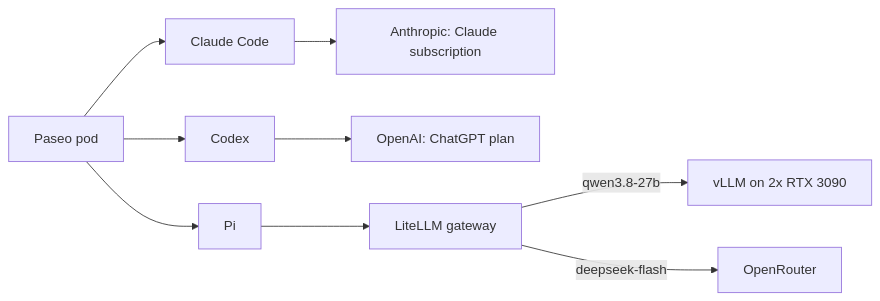
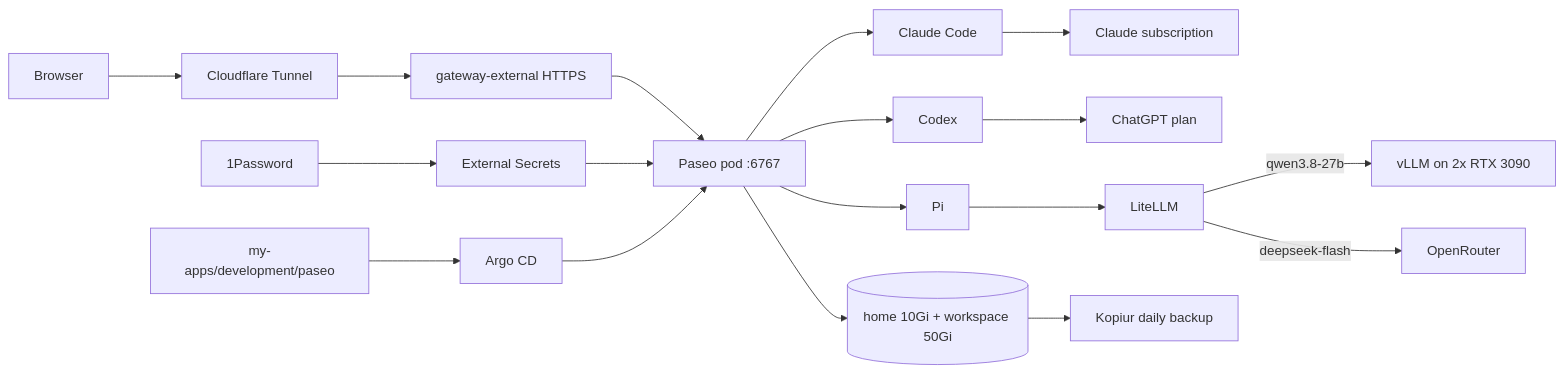
Before and after one commit to mitchross/talos-argocd-proxmox: the diagram in docs/domains/ai-gpu/paseo.md, drawn with Mermaid. The commit also changed other lines of this file and 3 other files, not shown here.

````diff
--- a/docs/domains/ai-gpu/paseo.md
+++ b/docs/domains/ai-gpu/paseo.md
@@ -16,8 +13,12 @@
 ```mermaid
 flowchart LR
-    Paseo[Paseo pod] --> Claude[Claude Code] --> Anthropic[Anthropic: Claude subscription]
-    Paseo --> Codex[Codex] --> OpenAI[OpenAI: ChatGPT plan]
-    Paseo --> Pi[Pi] --> LiteLLM[LiteLLM gateway]
+    Browser --> CF[Cloudflare Tunnel] --> GW[gateway-external HTTPS] --> Paseo[Paseo pod :6767]
+    Vault[1Password] --> ESO[External Secrets] --> Paseo
+    Git[my-apps/development/paseo] --> Argo[Argo CD] --> Paseo
+    Paseo --> Claude[Claude Code] --> Anthropic[Claude subscription]
+    Paseo --> Codex[Codex] --> OpenAI[ChatGPT plan]
+    Paseo --> Pi[Pi] --> LiteLLM
     LiteLLM -->|qwen3.8-27b| vLLM[vLLM on 2x RTX 3090]
     LiteLLM -->|deepseek-flash| OR[OpenRouter]
+    Paseo --> Vols[(home 10Gi + workspace 50Gi)] --> Kopiur[Kopiur daily backup]
 ```
````
